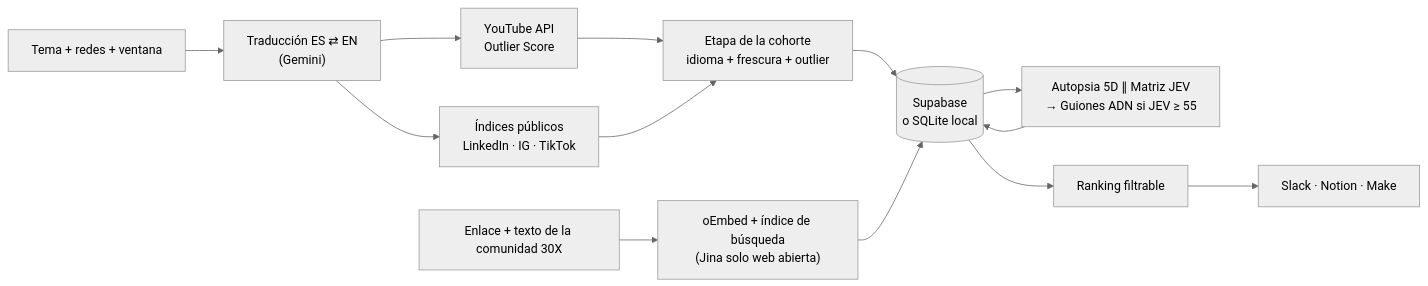
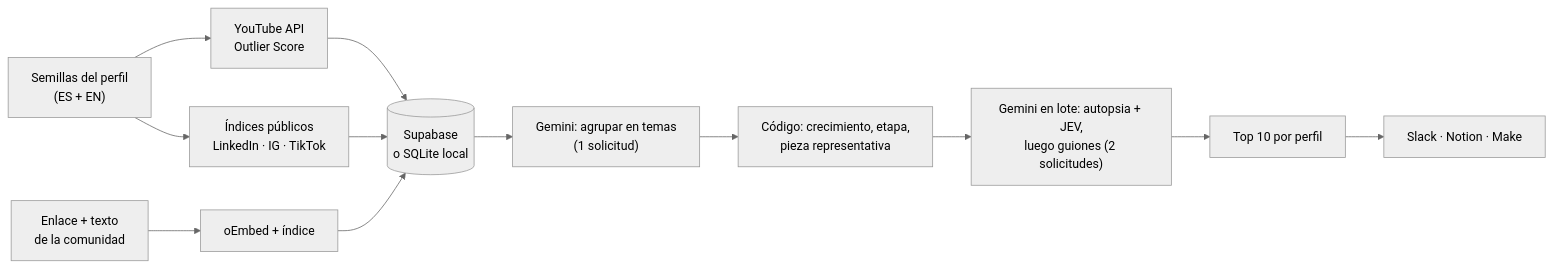
The diagram in README.md (rAngel-j/30x-trend-engine), drawn with Mermaid (neutral theme) before and after one commit. The commit also changed other lines of this file and 55 other files, not shown here.

````diff
--- a/README.md
+++ b/README.md
@@ -67,10 +66,11 @@
 ```mermaid
 flowchart LR
-    Q["Tema + redes + ventana"] --> X["Traducción ES ⇄ EN<br/>(Gemini)"]
-    X --> YT["YouTube API<br/>Outlier Score"] & SERP["Índices públicos<br/>LinkedIn · IG · TikTok"]
-    URL["Enlace + texto de la comunidad 30X"] --> PR["oEmbed + índice de búsqueda<br/>(Jina solo web abierta)"]
-    YT & SERP --> ST["Etapa de la cohorte<br/>idioma + frescura + outlier"]
-    ST & PR --> DB[("Supabase<br/>o SQLite local")]
-    DB --> AI["Autopsia 5D ∥ Matriz JEV<br/>→ Guiones ADN si JEV ≥ 55"]
-    AI --> DB --> UI["Ranking filtrable"] --> OUT["Slack · Notion · Make"]
+    S["Semillas del perfil<br/>(ES + EN)"] --> YT["YouTube API<br/>Outlier Score"] & SERP["Índices públicos<br/>LinkedIn · IG · TikTok"]
+    URL["Enlace + texto<br/>de la comunidad"] --> PR["oEmbed + índice"]
+    YT & SERP --> DB[("Supabase<br/>o SQLite local")]
+    PR --> DB
+    DB --> K["Gemini: agrupar en temas<br/>(1 solicitud)"]
+    K --> G["Código: crecimiento, etapa,<br/>pieza representativa"]
+    G --> A["Gemini en lote: autopsia + JEV,<br/>luego guiones (2 solicitudes)"]
+    A --> UI["Top 10 por perfil"] --> OUT["Slack · Notion · Make"]
 ```
````
